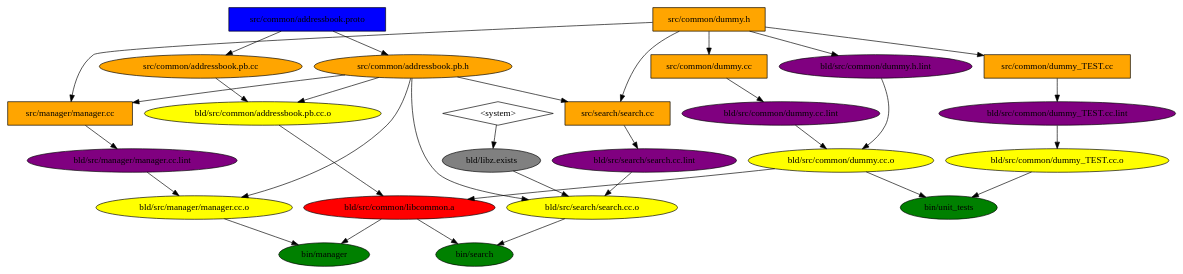
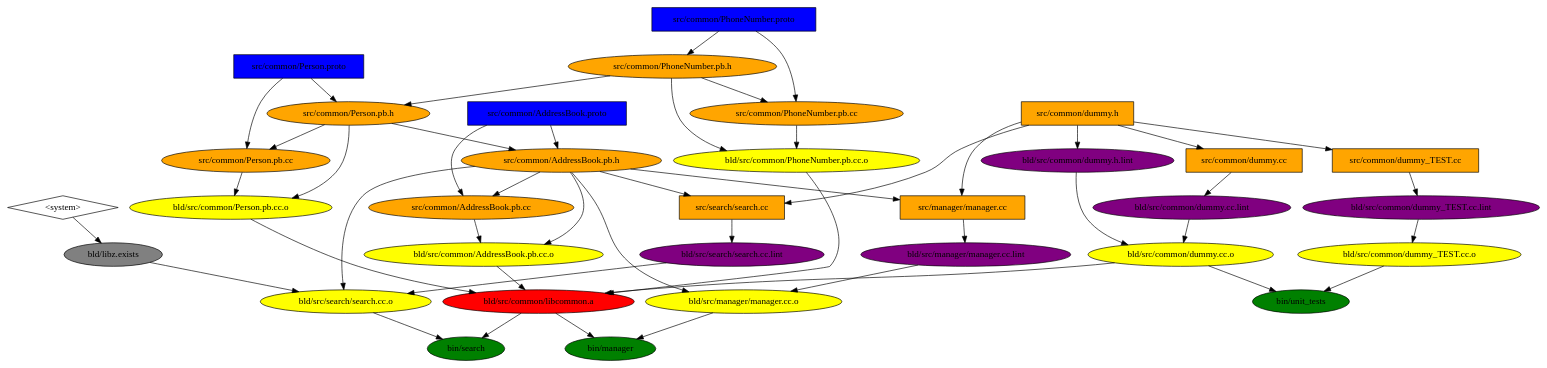
Before and after one commit to nicmcd/addressbook: the diagram in graph.gv, drawn with Graphviz. The commit also changed 8 other files, not shown here.

Commit message:
small changes to graph

```diff
--- a/graph.gv
+++ b/graph.gv
@@ -1,58 +1,112 @@
 digraph Build {
   "bin/manager" [style=filled, fillcolor=green];
   "bld/src/manager/manager.cc.o" -> "bin/manager";
   "bld/src/common/libcommon.a" -> "bin/manager";
+
   "bin/search" [style=filled, fillcolor=green];
   "bld/src/search/search.cc.o" -> "bin/search";
   "bld/src/common/libcommon.a" -> "bin/search";
+
   "bin/unit_tests" [style=filled, fillcolor=green];
-  "bld/src/common/libcommon.a" [style=filled, fillcolor=red];
-  "bld/src/common/addressbook.pb.cc.o" -> "bld/src/common/libcommon.a";
-  "bld/src/common/dummy.cc.o" -> "bld/src/common/libcommon.a";
   "bld/src/common/dummy_TEST.cc.o" -> "bin/unit_tests";
   "bld/src/common/dummy.cc.o" -> "bin/unit_tests";
+
+  "bld/src/common/libcommon.a" [style=filled, fillcolor=red];
+  "bld/src/common/AddressBook.pb.cc.o" -> "bld/src/common/libcommon.a";
+  "bld/src/common/Person.pb.cc.o" -> "bld/src/common/libcommon.a";
+  "bld/src/common/PhoneNumber.pb.cc.o" -> "bld/src/common/libcommon.a";
+  "bld/src/common/dummy.cc.o" -> "bld/src/common/libcommon.a";
+
   "bld/src/manager/manager.cc.o" [style=filled, fillcolor=yellow];
-  "src/common/addressbook.pb.h" -> "bld/src/manager/manager.cc.o";
+  "src/common/AddressBook.pb.h" -> "bld/src/manager/manager.cc.o";
   "bld/src/manager/manager.cc.lint" -> "bld/src/manager/manager.cc.o";
+
   "bld/src/search/search.cc.o" [style=filled, fillcolor=yellow];
-  "src/common/addressbook.pb.h" -> "bld/src/search/search.cc.o";
+  "src/common/AddressBook.pb.h" -> "bld/src/search/search.cc.o";
   "bld/src/search/search.cc.lint" -> "bld/src/search/search.cc.o";
   "bld/libz.exists" -> "bld/src/search/search.cc.o";
-  "bld/src/common/addressbook.pb.cc.o" [style=filled, fillcolor=yellow];
-  "src/common/addressbook.pb.cc" -> "bld/src/common/addressbook.pb.cc.o";
-  "src/common/addressbook.pb.h" -> "bld/src/common/addressbook.pb.cc.o";
+
+  "bld/src/common/AddressBook.pb.cc.o" [style=filled, fillcolor=yellow];
+  "src/common/AddressBook.pb.cc" -> "bld/src/common/AddressBook.pb.cc.o";
+  "src/common/AddressBook.pb.h" -> "bld/src/common/AddressBook.pb.cc.o";
+
+  "bld/src/common/Person.pb.cc.o" [style=filled, fillcolor=yellow];
+  "src/common/Person.pb.cc" -> "bld/src/common/Person.pb.cc.o";
+  "src/common/Person.pb.h" -> "bld/src/common/Person.pb.cc.o";
+
+  "bld/src/common/PhoneNumber.pb.cc.o" [style=filled, fillcolor=yellow];
+  "src/common/PhoneNumber.pb.cc" -> "bld/src/common/PhoneNumber.pb.cc.o";
+  "src/common/PhoneNumber.pb.h" -> "bld/src/common/PhoneNumber.pb.cc.o";
+
   "bld/src/common/dummy.cc.o" [style=filled, fillcolor=yellow];
   "bld/src/common/dummy.cc.lint" -> "bld/src/common/dummy.cc.o";
   "bld/src/common/dummy.h.lint" -> "bld/src/common/dummy.cc.o";
+
   "bld/src/common/dummy_TEST.cc.o" [style=filled, fillcolor=yellow];
   "bld/src/common/dummy_TEST.cc.lint" -> "bld/src/common/dummy_TEST.cc.o";
+
   "bld/src/manager/manager.cc.lint" [style=filled, fillcolor=purple];
   "src/manager/manager.cc" -> "bld/src/manager/manager.cc.lint";
+
   "bld/src/search/search.cc.lint" [style=filled, fillcolor=purple];
   "src/search/search.cc" -> "bld/src/search/search.cc.lint";
+
   "bld/src/common/dummy.cc.lint" [style=filled, fillcolor=purple];
   "src/common/dummy.cc" -> "bld/src/common/dummy.cc.lint";
+
   "bld/src/common/dummy.h.lint" [style=filled, fillcolor=purple];
   "src/common/dummy.h" -> "bld/src/common/dummy.h.lint";
+
   "bld/src/common/dummy_TEST.cc.lint" [style=filled, fillcolor=purple];
   "src/common/dummy_TEST.cc" -> "bld/src/common/dummy_TEST.cc.lint";
-  "src/common/addressbook.pb.cc" [style=filled, fillcolor=orange];
-  "src/common/addressbook.proto" -> "src/common/addressbook.pb.cc";
-  "src/common/addressbook.pb.h" [style=filled, fillcolor=orange];
-  "src/common/addressbook.proto" -> "src/common/addressbook.pb.h";
+
+  "src/common/AddressBook.pb.cc" [style=filled, fillcolor=orange];
+  "src/common/AddressBook.proto" -> "src/common/AddressBook.pb.cc";
+  "src/common/AddressBook.pb.h" -> "src/common/AddressBook.pb.cc";
+
+  "src/common/AddressBook.pb.h" [style=filled, fillcolor=orange];
+  "src/common/AddressBook.proto" -> "src/common/AddressBook.pb.h";
+  "src/common/Person.pb.h" -> "src/common/AddressBook.pb.h";
+
+  "src/common/Person.pb.cc" [style=filled, fillcolor=orange];
+  "src/common/Person.proto" -> "src/common/Person.pb.cc";
+  "src/common/Person.pb.h" -> "src/common/Person.pb.cc";
+
+  "src/common/Person.pb.h" [style=filled, fillcolor=orange];
+  "src/common/Person.proto" -> "src/common/Person.pb.h";
+  "src/common/PhoneNumber.pb.h" -> "src/common/Person.pb.h";
+
+  "src/common/PhoneNumber.pb.cc" [style=filled, fillcolor=orange];
+  "src/common/PhoneNumber.proto" -> "src/common/PhoneNumber.pb.cc";
+  "src/common/PhoneNumber.pb.h" -> "src/common/PhoneNumber.pb.cc";
+
+  "src/common/PhoneNumber.pb.h" [style=filled, fillcolor=orange];
+  "src/common/PhoneNumber.proto" -> "src/common/PhoneNumber.pb.h";
+
   "bld/libz.exists" [style=filled, fillcolor=gray];
   "<system>" -> "bld/libz.exists";
+
   "src/manager/manager.cc" [shape=box, style=filled, fillcolor=orange];
-  "src/common/addressbook.pb.h" -> "src/manager/manager.cc";
+  "src/common/AddressBook.pb.h" -> "src/manager/manager.cc";
   "src/common/dummy.h" -> "src/manager/manager.cc";
+
   "src/search/search.cc" [shape=box, style=filled, fillcolor=orange];
-  "src/common/addressbook.pb.h" -> "src/search/search.cc";
+  "src/common/AddressBook.pb.h" -> "src/search/search.cc";
   "src/common/dummy.h" -> "src/search/search.cc";
+
   "src/common/dummy.cc" [shape=box, style=filled, fillcolor=orange];
   "src/common/dummy.h" -> "src/common/dummy.cc";
+
   "src/common/dummy_TEST.cc" [shape=box, style=filled, fillcolor=orange];
   "src/common/dummy.h" -> "src/common/dummy_TEST.cc";
-  "src/common/addressbook.proto" [shape=box, style=filled, fillcolor=blue];
+
+  "src/common/AddressBook.proto" [shape=box, style=filled, fillcolor=blue];
+
+  "src/common/Person.proto" [shape=box, style=filled, fillcolor=blue];
+
+  "src/common/PhoneNumber.proto" [shape=box, style=filled, fillcolor=blue];
+
   "src/common/dummy.h" [shape=box, style=filled, fillcolor=orange];
+
   "<system>" [shape=diamond];
 }
```
